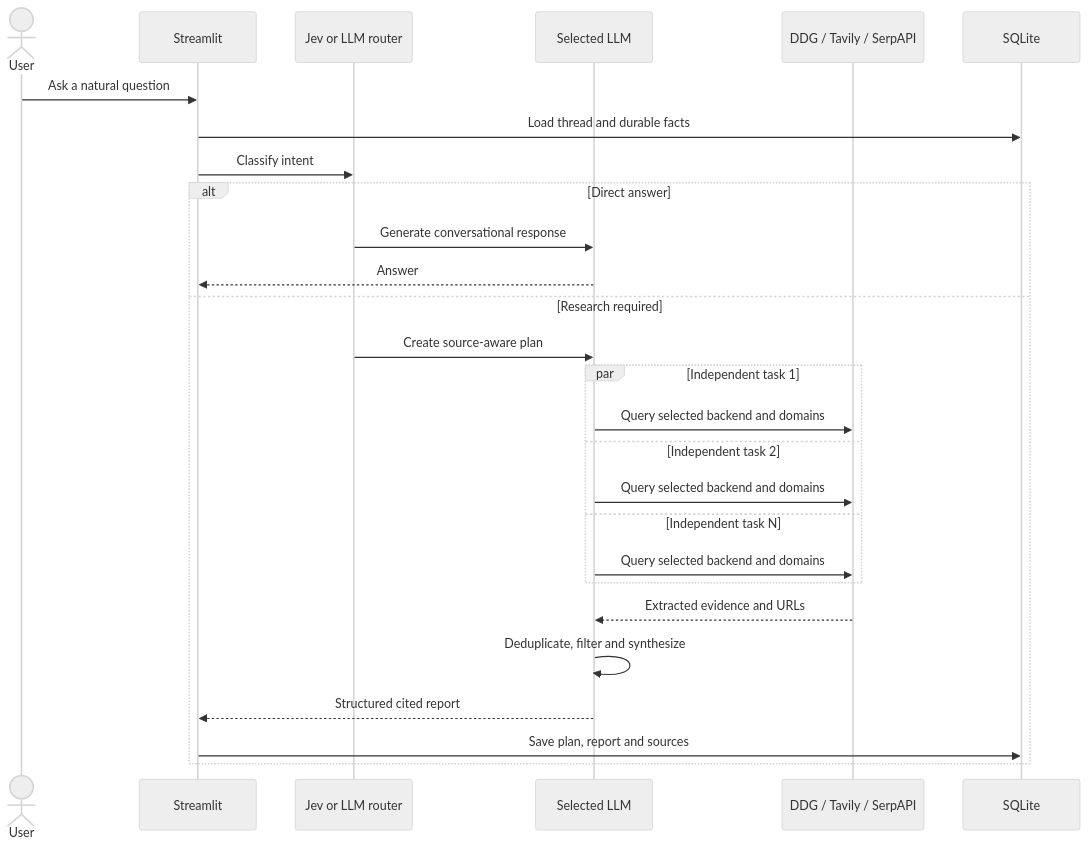
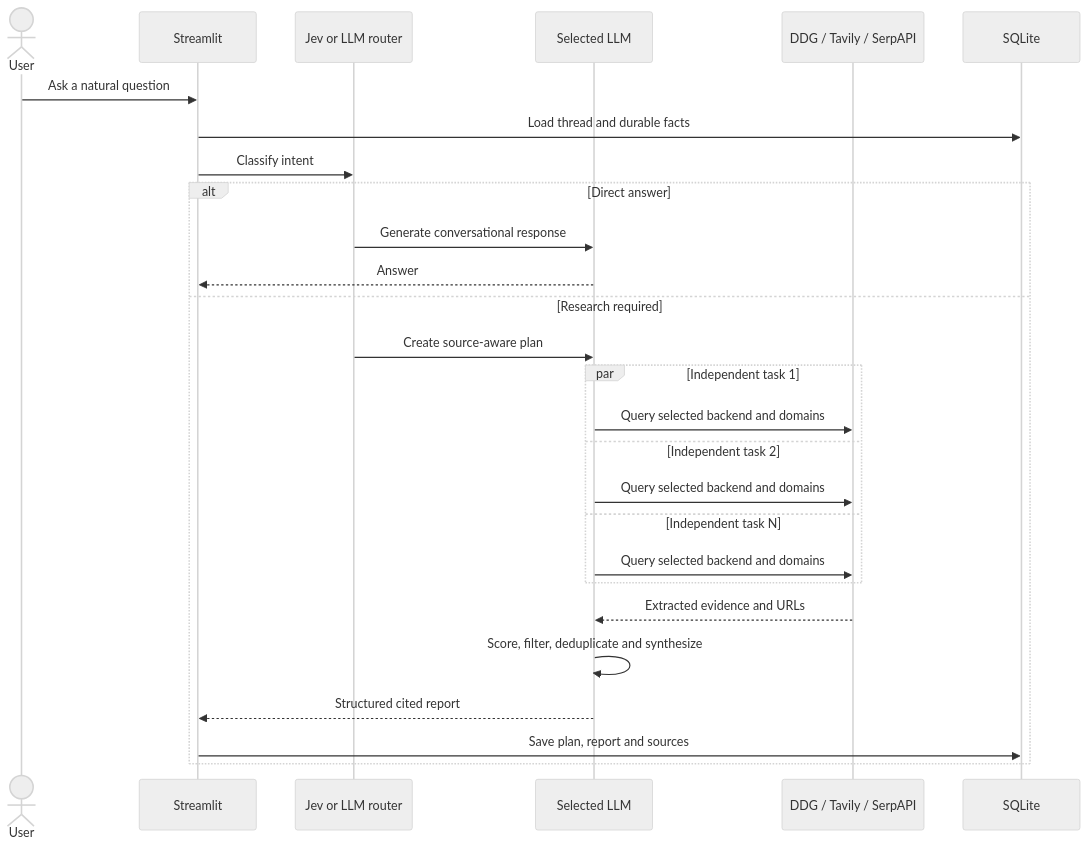
One commit to vishvpandya/multi-llm-autonomous-research-agent changed the third of 5 diagrams in README.md. Above: the diagram before and after it, drawn with Mermaid (neutral theme). The commit also changed other lines of this file and 13 other files, not shown here.

````diff
--- a/README.md
+++ b/README.md
@@ -74,30 +78,30 @@
 ```mermaid
 sequenceDiagram
     actor User
     participant UI as Streamlit
     participant Router as Jev or LLM router
     participant Planner as Selected LLM
     participant Search as DDG / Tavily / SerpAPI
     participant Memory as SQLite
 
     User->>UI: Ask a natural question
     UI->>Memory: Load thread and durable facts
     UI->>Router: Classify intent
     alt Direct answer
         Router->>Planner: Generate conversational response
         Planner-->>UI: Answer
     else Research required
         Router->>Planner: Create source-aware plan
         par Independent task 1
             Planner->>Search: Query selected backend and domains
         and Independent task 2
             Planner->>Search: Query selected backend and domains
         and Independent task N
             Planner->>Search: Query selected backend and domains
         end
         Search-->>Planner: Extracted evidence and URLs
-        Planner->>Planner: Deduplicate, filter and synthesize
+        Planner->>Planner: Score, filter, deduplicate and synthesize
         Planner-->>UI: Structured cited report
         UI->>Memory: Save plan, report and sources
     end
 ```
````
